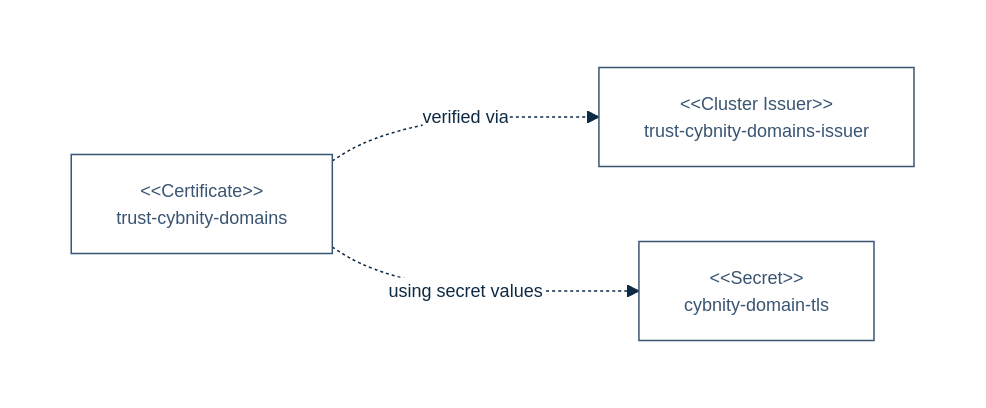
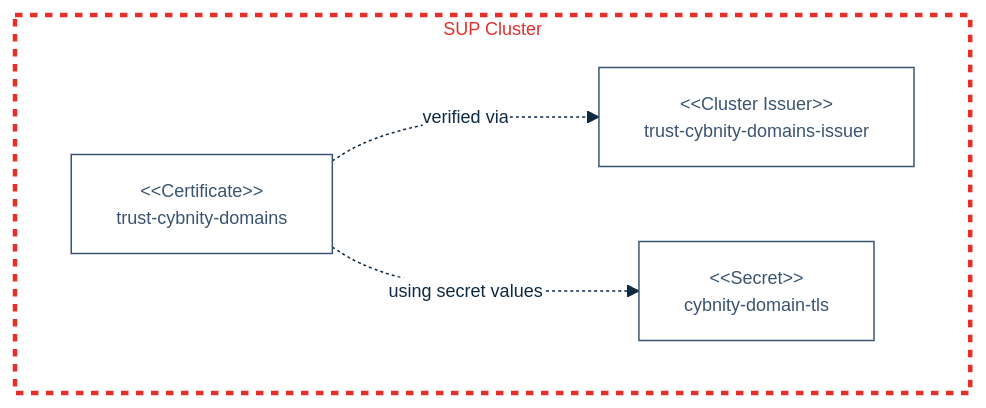
One commit to cybnity/foundation changed the diagram in implementations-line/systems/technical-infrastructure/CYDEL01-cybsup01.md. Above: the diagram before and after it, drawn with Mermaid.

````diff
--- a/implementations-line/systems/technical-infrastructure/CYDEL01-cybsup01.md
+++ b/implementations-line/systems/technical-infrastructure/CYDEL01-cybsup01.md
@@ -418,50 +418,52 @@
       ```mermaid
       %%{
         init: {
           'theme': 'base',
           'themeVariables': {
               'background': '#ffffff',
               'fontFamily': 'arial',
               'fontSize': '12px',
               'primaryColor': '#fff',
               'primaryTextColor': '#0e2a43',
               'primaryBorderColor': '#0e2a43',
               'secondaryColor': '#fff',
               'secondaryTextColor': '#fff',
               'secondaryBorderColor': '#fff',
               'tertiaryColor': '#fff',
               'tertiaryTextColor': '#fff',
               'tertiaryBorderColor': '#fff',
               'lineColor': '#0e2a43',
               'titleColor': '#fff',
               'textColor': '#fff',
               'lineColor': '#0e2a43',
               'nodeTextColor': '#fff',
               'nodeBorder': '#0e2a43',
               'noteTextColor': '#fff',
               'noteBorderColor': '#fff'
           },
           'flowchart': { 'curve': 'monotoneY' }
         }
       }%%
       graph LR
-        subgraph cluster["Dev-Env Cluster"]
+        subgraph cluster["SUP Cluster"]
           direction LR
           clusterIssuer1["#60;#60;Cluster Issuer#62;#62; \n trust-cybnity-domains-issuer"]
           certificate1["#60;#60;Certificate#62;#62; \n trust-cybnity-domains"]
           secret1["#60;#60;Secret#62;#62; \n cybnity-domain-tls"]
         end
+
         certificate1 -. "verified via" .-> clusterIssuer1
         certificate1 -. "using secret values" .-> secret1
 
         classDef mediumfill fill:#3a5572, stroke:#3a5572, color:#fff
 
         classDef red fill:#e5302a, stroke:#e5302a, color:#fff, stroke-width:3px
         classDef medium fill:#fff, stroke:#3a5572, color:#3a5572
         classDef mediumdot fill:#fff, stroke:#3a5572, color:#3a5572, stroke-dasharray: 5 5
         classDef reddot fill:#fff, stroke:#e5302a, color:#e5302a, stroke-dasharray: 5 5, stroke-width:3px
         classDef dark fill:#0e2a43, stroke:#fff, color:#fff
         classDef internalconfig fill:#0e2a43, stroke:#fff, color:#fff
 
         class clusterIssuer1,certificate1,secret1 medium;
+        class cluster reddot;
       ```
````
